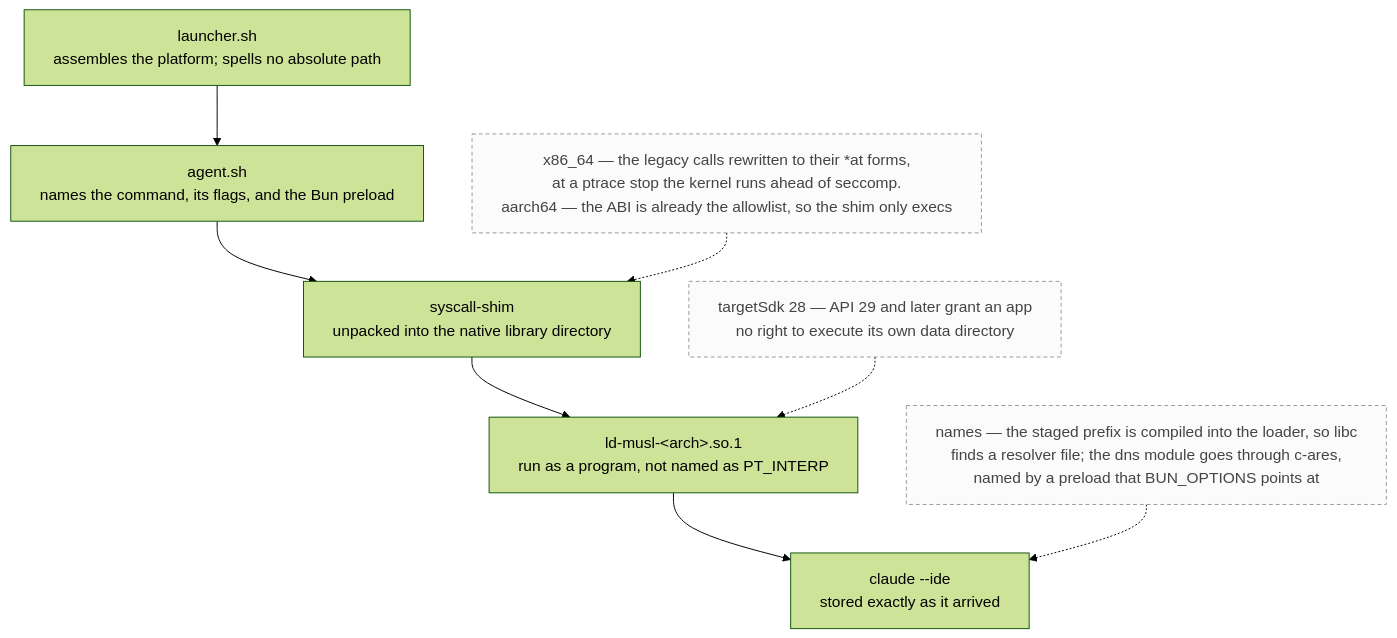
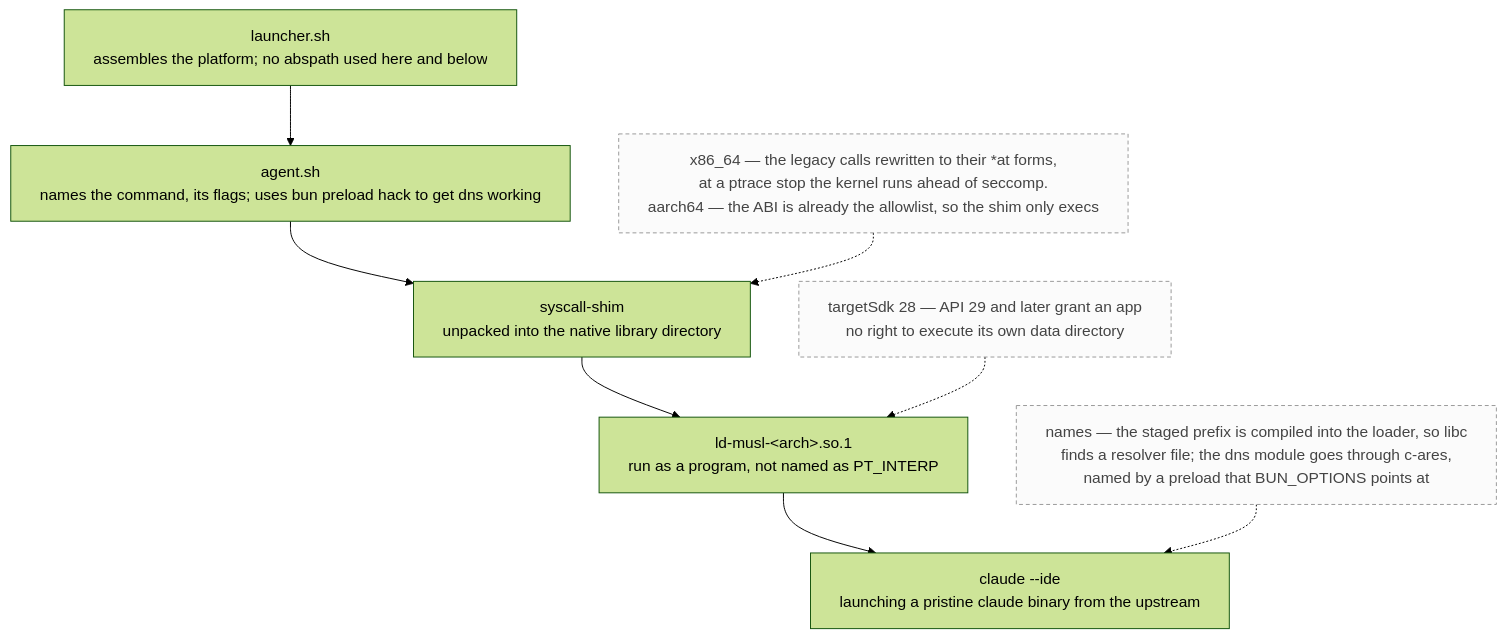
The diagram in README.md (nev3rfail/harness.apk), drawn with Mermaid (forest theme) before and after one commit. The commit also changed other lines of this file, not shown here.

Commit message:
Reword the boot diagram and the restrictions

````diff
--- a/README.md
+++ b/README.md
@@ -12,22 +12,22 @@
 ```mermaid
 %%{init: {'flowchart': {'wrappingWidth': 540}}}%%
 flowchart TB
-  l["launcher.sh<br/>assembles the platform; spells no absolute path"]
-  a["agent.sh<br/>names the command, its flags, and the Bun preload"]
+  l["launcher.sh<br/>assembles the platform; no abspath used here and below"]
+  a["agent.sh<br/>names the command, its flags; uses bun preload hack to get dns working"]
   s["syscall-shim<br/>unpacked into the native library directory"]
   ld["ld-musl-&lt;arch&gt;.so.1<br/>run as a program, not named as PT_INTERP"]
-  c["claude --ide<br/>stored exactly as it arrived"]
+  c["claude --ide<br/>launching a pristine claude binary from the upstream"]
 
   l --> a --> s --> ld --> c
 
   sdk["targetSdk 28 — API 29 and later grant an app<br/>no right to execute its own data directory"]
   abi["x86_64 — the legacy calls rewritten to their *at forms,<br/>at a ptrace stop the kernel runs ahead of seccomp.<br/>aarch64 — the ABI is already the allowlist, so the shim only execs"]
   dns["names — the staged prefix is compiled into the loader, so libc<br/>finds a resolver file; the dns module goes through c-ares,<br/>named by a preload that BUN_OPTIONS points at"]
 
   abi -.-> s
   sdk -.-> ld
   dns -.-> c
 
   classDef note fill:#fbfbfb,stroke:#999,stroke-dasharray:4 3,color:#444
   class sdk,abi,dns note
 ```
````
